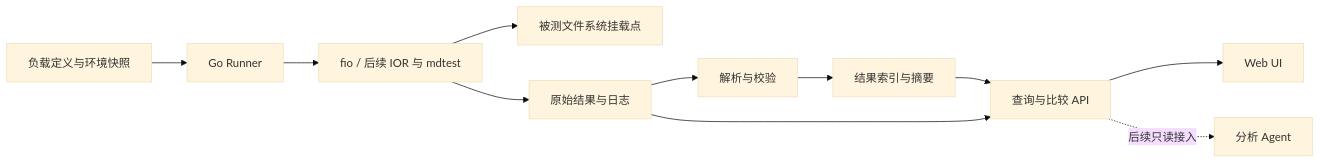
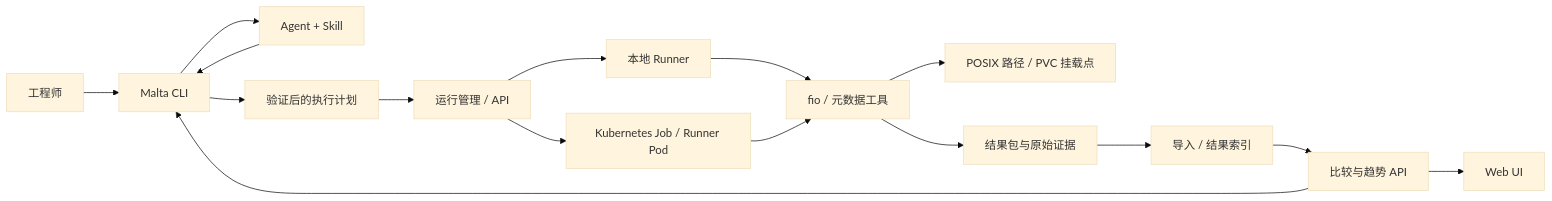
One commit to wsq2333/malta changed the diagram in README.md. Above: the diagram before and after it, drawn with Mermaid (base theme). The commit also changed other lines of this file and 6 other files, not shown here.

````diff
--- a/README.md
+++ b/README.md
@@ -52,13 +67,18 @@
 ```mermaid
 flowchart LR
-    Spec[负载定义与环境快照] --> Runner[Go Runner]
-    Runner --> Tool[fio / 后续 IOR 与 mdtest]
-    Tool --> FS[被测文件系统挂载点]
-    Tool --> Raw[原始结果与日志]
-    Raw --> Normalize[解析与校验]
-    Normalize --> Store[结果索引与摘要]
-    Store --> API[查询与比较 API]
-    Raw --> API
-    API --> UI[Web UI]
-    API -. 后续只读接入 .-> Agent[分析 Agent]
+    User[工程师] --> CLI[Malta CLI]
+    Agent[Agent + Skill] --> CLI
+    CLI --> Plan[验证后的执行计划]
+    Plan --> Control[运行管理 / API]
+    Control --> Local[本地 Runner]
+    Control --> Job[Kubernetes Job / Runner Pod]
+    Local --> Tool[fio / 元数据工具]
+    Job --> Tool
+    Tool --> Target[POSIX 路径 / PVC 挂载点]
+    Tool --> Results[结果包与原始证据]
+    Results --> Store[导入 / 结果索引]
+    Store --> Compare[比较与趋势 API]
+    Compare --> UI[Web UI]
+    Compare --> CLI
+    CLI --> Agent
 ```
````
